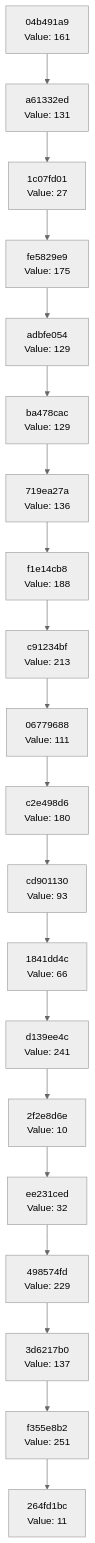
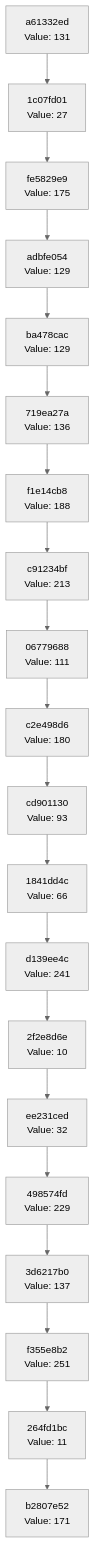
The diagram in docs/CHAIN_VISUALIZATION.md (Abhisheksinha1506/hash-chain-evolver), drawn with Mermaid (neutral theme) before and after one commit. The commit also changed 2 other files, not shown here.

Commit message:
Evolution Step

````diff
--- a/docs/CHAIN_VISUALIZATION.md
+++ b/docs/CHAIN_VISUALIZATION.md
@@ -3,42 +3,42 @@
 ```mermaid
 graph TD
-    C0["264fd1bc<br/>Value: 11"]
-    C1["f355e8b2<br/>Value: 251"]
+    C0["b2807e52<br/>Value: 171"]
+    C1["264fd1bc<br/>Value: 11"]
     C1 --> C0
-    C2["3d6217b0<br/>Value: 137"]
+    C2["f355e8b2<br/>Value: 251"]
     C2 --> C1
-    C3["498574fd<br/>Value: 229"]
+    C3["3d6217b0<br/>Value: 137"]
     C3 --> C2
-    C4["ee231ced<br/>Value: 32"]
+    C4["498574fd<br/>Value: 229"]
     C4 --> C3
-    C5["2f2e8d6e<br/>Value: 10"]
+    C5["ee231ced<br/>Value: 32"]
     C5 --> C4
-    C6["d139ee4c<br/>Value: 241"]
+    C6["2f2e8d6e<br/>Value: 10"]
     C6 --> C5
-    C7["1841dd4c<br/>Value: 66"]
+    C7["d139ee4c<br/>Value: 241"]
     C7 --> C6
-    C8["cd901130<br/>Value: 93"]
+    C8["1841dd4c<br/>Value: 66"]
     C8 --> C7
-    C9["c2e498d6<br/>Value: 180"]
+    C9["cd901130<br/>Value: 93"]
     C9 --> C8
-    C10["06779688<br/>Value: 111"]
+    C10["c2e498d6<br/>Value: 180"]
     C10 --> C9
-    C11["c91234bf<br/>Value: 213"]
+    C11["06779688<br/>Value: 111"]
     C11 --> C10
-    C12["f1e14cb8<br/>Value: 188"]
+    C12["c91234bf<br/>Value: 213"]
     C12 --> C11
-    C13["719ea27a<br/>Value: 136"]
+    C13["f1e14cb8<br/>Value: 188"]
     C13 --> C12
-    C14["ba478cac<br/>Value: 129"]
+    C14["719ea27a<br/>Value: 136"]
     C14 --> C13
-    C15["adbfe054<br/>Value: 129"]
+    C15["ba478cac<br/>Value: 129"]
     C15 --> C14
-    C16["fe5829e9<br/>Value: 175"]
+    C16["adbfe054<br/>Value: 129"]
     C16 --> C15
-    C17["1c07fd01<br/>Value: 27"]
+    C17["fe5829e9<br/>Value: 175"]
     C17 --> C16
-    C18["a61332ed<br/>Value: 131"]
+    C18["1c07fd01<br/>Value: 27"]
     C18 --> C17
-    C19["04b491a9<br/>Value: 161"]
+    C19["a61332ed<br/>Value: 131"]
     C19 --> C18
 ```
````
